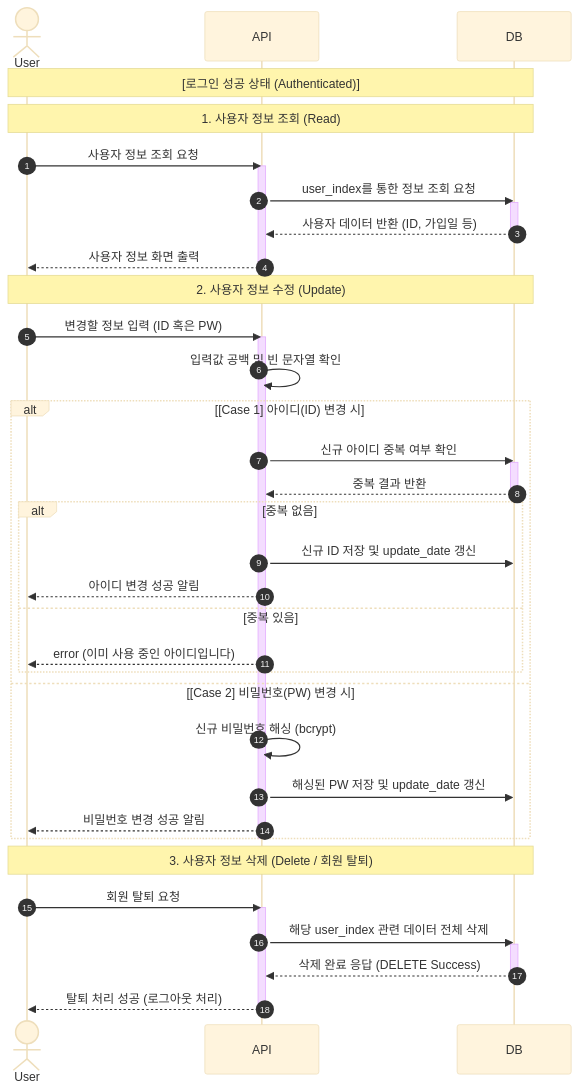
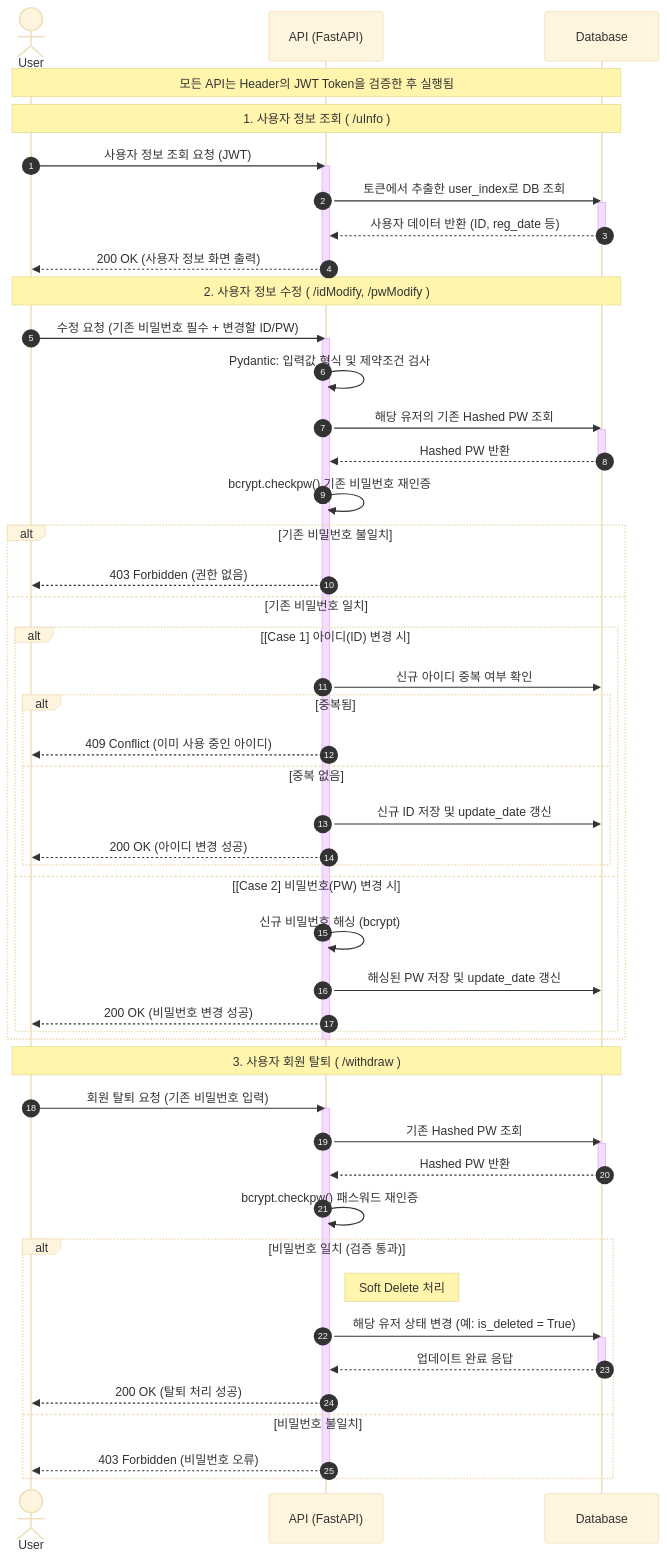
The diagram in docs/user_flow.md (Tae-Geon-Kim/FastAPI-Community-Backend), drawn with Mermaid (base theme) before and after one commit. The commit also changed 3 other files, not shown here.

Commit message:
docs: 수정, 추가된 기능에 따른 시스템 다큐먼트 mermaid 파일 총 수정

````diff
--- a/docs/user_flow.md
+++ b/docs/user_flow.md
@@ -1,53 +1,71 @@
 ```mermaid
 sequenceDiagram
     autonumber
     actor U as User
-    participant A as API
-    participant D as DB
+    participant A as API (FastAPI)
+    participant D as Database
 
-    Note over U, D: [로그인 성공 상태 (Authenticated)]
+    Note over U, D: 모든 API는 Header의 JWT Token을 검증한 후 실행됨
 
-    Note over U, D: 1. 사용자 정보 조회 (Read)
-    U->>A: 사용자 정보 조회 요청
+    Note over U, D: 1. 사용자 정보 조회 ( /uInfo )
+    U->>A: 사용자 정보 조회 요청 (JWT)
     activate A
-    A->>D: user_index를 통한 정보 조회 요청
+    A->>D: 토큰에서 추출한 user_index로 DB 조회
     activate D
-    D-->>A: 사용자 데이터 반환 (ID, 가입일 등)
+    D-->>A: 사용자 데이터 반환 (ID, reg_date 등)
     deactivate D
-    A-->>U: 사용자 정보 화면 출력
+    A-->>U: 200 OK (사용자 정보 화면 출력)
     deactivate A
 
-    Note over U, D: 2. 사용자 정보 수정 (Update)
-    U->>A: 변경할 정보 입력 (ID 혹은 PW)
+    Note over U, D: 2. 사용자 정보 수정 ( /idModify, /pwModify )
+    U->>A: 수정 요청 (기존 비밀번호 필수 + 변경할 ID/PW)
     activate A
-    A->>A: 입력값 공백 및 빈 문자열 확인
+    A->>A: Pydantic: 입력값 형식 및 제약조건 검사
     
-    alt [Case 1] 아이디(ID) 변경 시
-        A->>D: 신규 아이디 중복 여부 확인
-        activate D
-        D-->>A: 중복 결과 반환
-        deactivate D
-        alt 중복 없음
-            A->>D: 신규 ID 저장 및 update_date 갱신
-            A-->>U: 아이디 변경 성공 알림
-        else 중복 있음
-            A-->>U: error (이미 사용 중인 아이디입니다)
+    A->>D: 해당 유저의 기존 Hashed PW 조회
+    activate D
+    D-->>A: Hashed PW 반환
+    deactivate D
+    A->>A: bcrypt.checkpw() 기존 비밀번호 재인증
+    
+    alt 기존 비밀번호 불일치
+        A-->>U: 403 Forbidden (권한 없음)
+    else 기존 비밀번호 일치
+        alt [Case 1] 아이디(ID) 변경 시
+            A->>D: 신규 아이디 중복 여부 확인
+            alt 중복됨
+                A-->>U: 409 Conflict (이미 사용 중인 아이디)
+            else 중복 없음
+                A->>D: 신규 ID 저장 및 update_date 갱신
+                A-->>U: 200 OK (아이디 변경 성공)
+            end
+        else [Case 2] 비밀번호(PW) 변경 시
+            A->>A: 신규 비밀번호 해싱 (bcrypt)
+            A->>D: 해싱된 PW 저장 및 update_date 갱신
+            A-->>U: 200 OK (비밀번호 변경 성공)
         end
-        
-    else [Case 2] 비밀번호(PW) 변경 시
-        A->>A: 신규 비밀번호 해싱 (bcrypt)
-        A->>D: 해싱된 PW 저장 및 update_date 갱신
-        A-->>U: 비밀번호 변경 성공 알림
     end
     deactivate A
 
-    Note over U, D: 3. 사용자 정보 삭제 (Delete / 회원 탈퇴)
-    U->>A: 회원 탈퇴 요청
+    Note over U, D: 3. 사용자 회원 탈퇴 ( /withdraw )
+    U->>A: 회원 탈퇴 요청 (기존 비밀번호 입력)
     activate A
-    A->>D: 해당 user_index 관련 데이터 전체 삭제
+    
+    A->>D: 기존 Hashed PW 조회
     activate D
-    D-->>A: 삭제 완료 응답 (DELETE Success)
+    D-->>A: Hashed PW 반환
     deactivate D
-    A-->>U: 탈퇴 처리 성공 (로그아웃 처리)
+    A->>A: bcrypt.checkpw() 패스워드 재인증
+
+    alt 비밀번호 일치 (검증 통과)
+        Note right of A: Soft Delete 처리
+        A->>D: 해당 유저 상태 변경 (예: is_deleted = True)
+        activate D
+        D-->>A: 업데이트 완료 응답
+        deactivate D
+        A-->>U: 200 OK (탈퇴 처리 성공)
+    else 비밀번호 불일치
+        A-->>U: 403 Forbidden (비밀번호 오류)
+    end
     deactivate A
 ```
````
